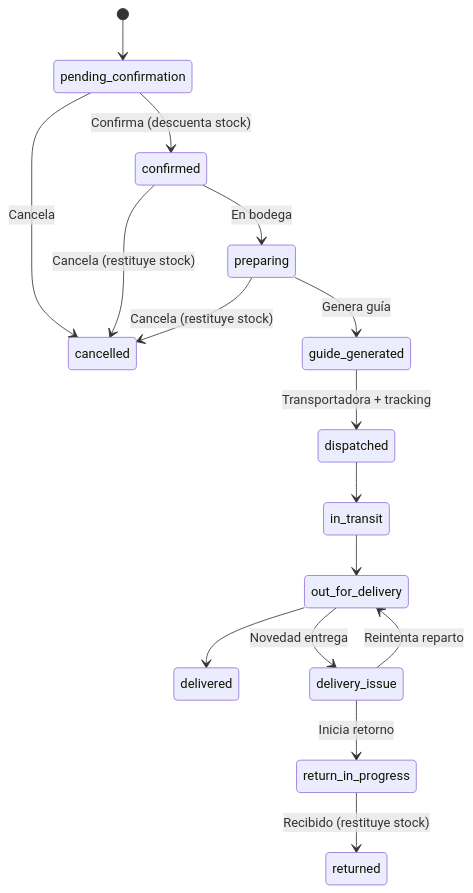
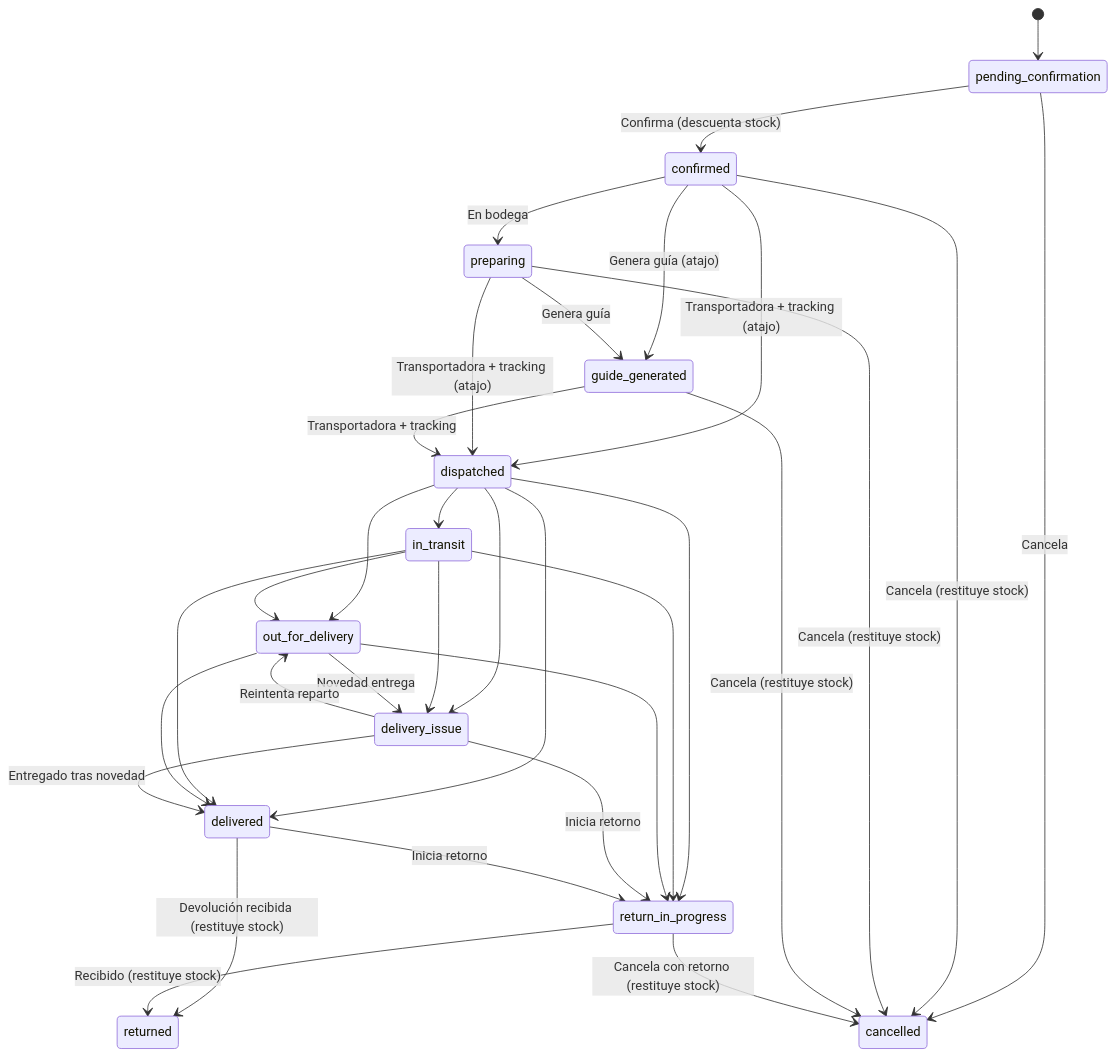
One commit to EnuarRosales/landig-agencia changed the diagram in docs/specs/spec-11-pedidos-crud-estados-guias-repetir/design.md. Above: the diagram before and after it, drawn with Mermaid. The commit also changed other lines of this file and 38 other files, not shown here.

````diff
--- a/docs/specs/spec-11-pedidos-crud-estados-guias-repetir/design.md
+++ b/docs/specs/spec-11-pedidos-crud-estados-guias-repetir/design.md
@@ -5,18 +5,34 @@
 ```mermaid
 stateDiagram-v2
     [*] --> pending_confirmation
     pending_confirmation --> confirmed: Confirma (descuenta stock)
     pending_confirmation --> cancelled: Cancela
     confirmed --> preparing: En bodega
+    confirmed --> guide_generated: Genera guía (atajo)
+    confirmed --> dispatched: Transportadora + tracking (atajo)
     confirmed --> cancelled: Cancela (restituye stock)
     preparing --> guide_generated: Genera guía
+    preparing --> dispatched: Transportadora + tracking (atajo)
     preparing --> cancelled: Cancela (restituye stock)
     guide_generated --> dispatched: Transportadora + tracking
+    guide_generated --> cancelled: Cancela (restituye stock)
     dispatched --> in_transit
+    dispatched --> out_for_delivery
+    dispatched --> delivery_issue
+    dispatched --> delivered
+    dispatched --> return_in_progress
     in_transit --> out_for_delivery
+    in_transit --> delivery_issue
+    in_transit --> delivered
+    in_transit --> return_in_progress
     out_for_delivery --> delivered
     out_for_delivery --> delivery_issue: Novedad entrega
+    out_for_delivery --> return_in_progress
     delivery_issue --> out_for_delivery: Reintenta reparto
+    delivery_issue --> delivered: Entregado tras novedad
     delivery_issue --> return_in_progress: Inicia retorno
+    delivered --> return_in_progress: Inicia retorno
+    delivered --> returned: Devolución recibida (restituye stock)
     return_in_progress --> returned: Recibido (restituye stock)
+    return_in_progress --> cancelled: Cancela con retorno (restituye stock)
 ```
````
